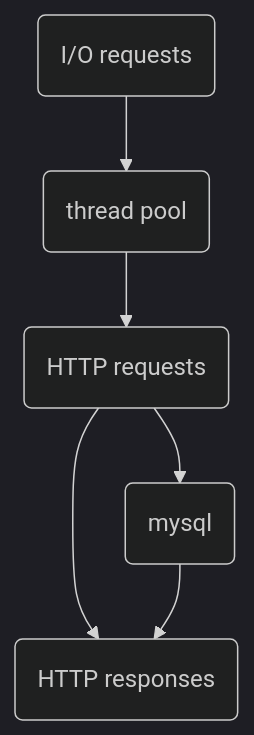
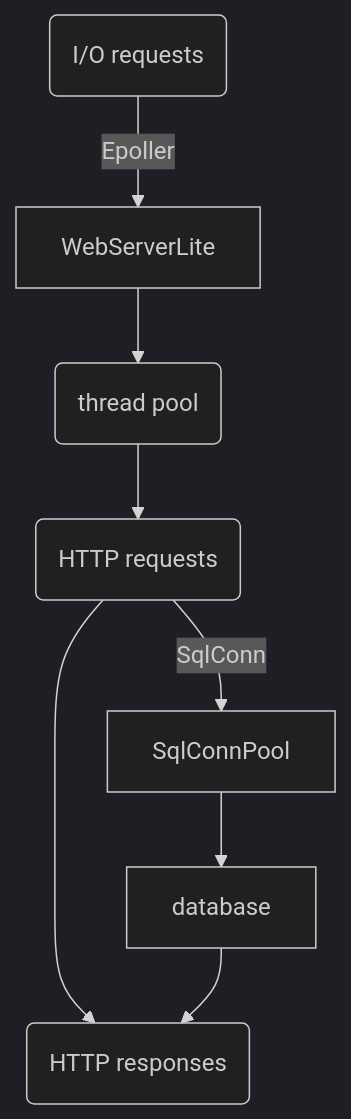
Before and after one commit to Jovi-Wong/WebServerLite: the diagram in README.md, drawn with Mermaid (dark theme). The commit also changed 1 other file, not shown here.

Commit message:
more specific diagram

````diff
--- a/README.md
+++ b/README.md
@@ -31,8 +31,10 @@
 ```mermaid
 graph TD;
-	req(I/O requests) --> thread(thread pool);
-	thread --> httpreq(HTTP requests);
+	req(I/O requests) -- Epoller --> WebServerLite;
+	WebServerLite --> threadp;
+	threadp(thread pool) --> httpreq(HTTP requests);
 	httpreq --> httprsp(HTTP responses);
-	httpreq --> db(mysql);
-	db --> httprsp;
+	httpreq -- SqlConn --> SqlConnPool;
+	SqlConnPool --> database;
+	database --> httprsp;
 ```
````
